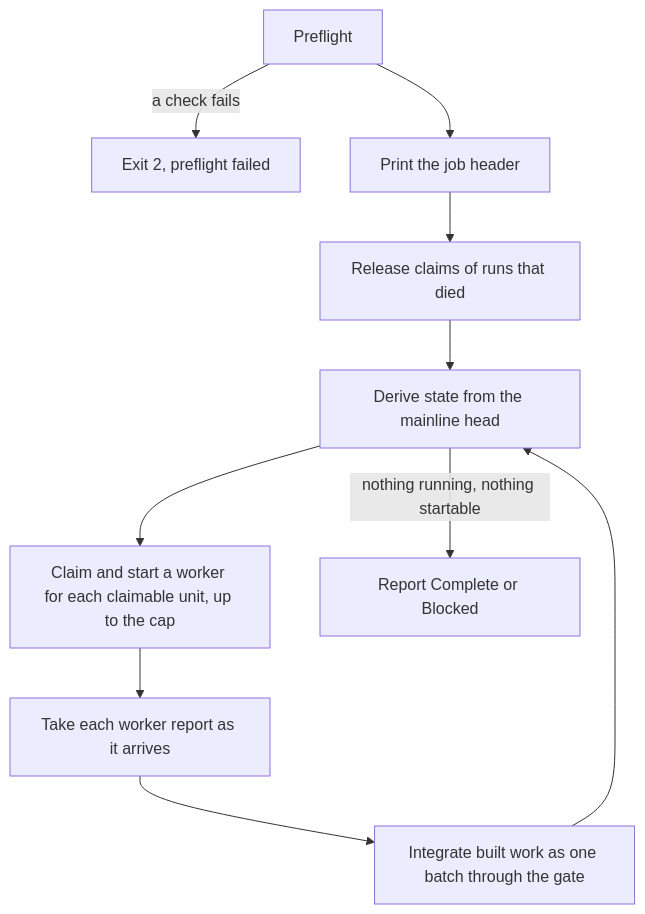
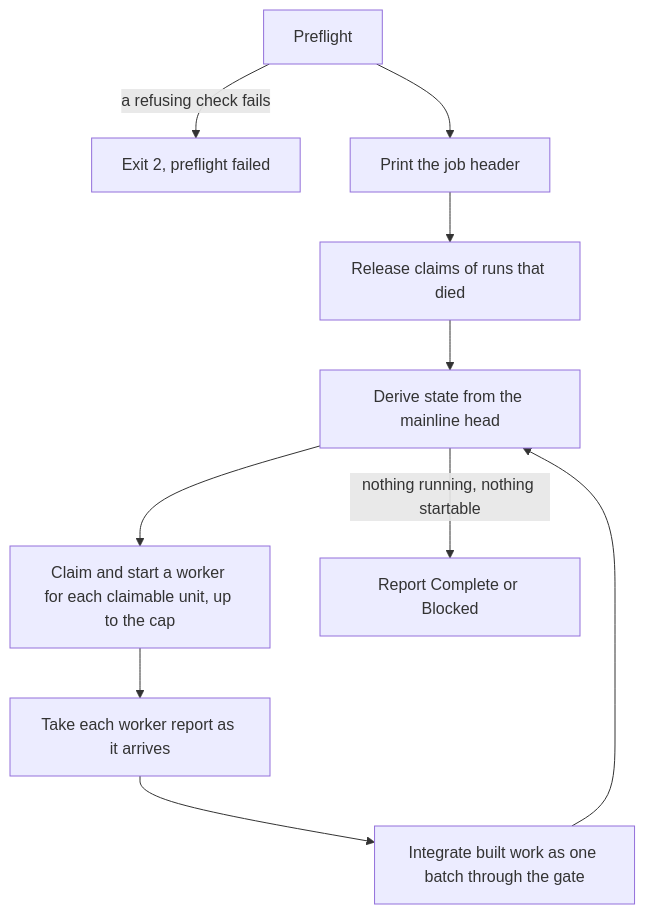
One commit to bitshock-src/vitrify changed the diagram in docs/about/concepts/runs.md. Above: the diagram before and after it, drawn with Mermaid. The commit also changed other lines of this file and 309 other files, not shown here.

````diff
--- a/docs/about/concepts/runs.md
+++ b/docs/about/concepts/runs.md
@@ -23,12 +26,12 @@
 ```mermaid
 flowchart TD
-    A["Preflight"] -->|"a check fails"| X["Exit 2, preflight failed"]
+    A["Preflight"] -->|"a refusing check fails"| X["Exit 2, preflight failed"]
     A --> B["Print the job header"]
     B --> C["Release claims of runs that died"]
     C --> D["Derive state from the mainline head"]
     D --> E["Claim and start a worker for each claimable unit, up to the cap"]
     E --> F["Take each worker report as it arrives"]
     F --> G["Integrate built work as one batch through the gate"]
     G --> D
     D -->|"nothing running, nothing startable"| H["Report Complete or Blocked"]
 ```
````
